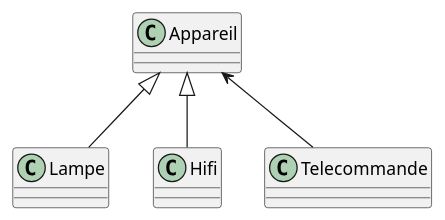
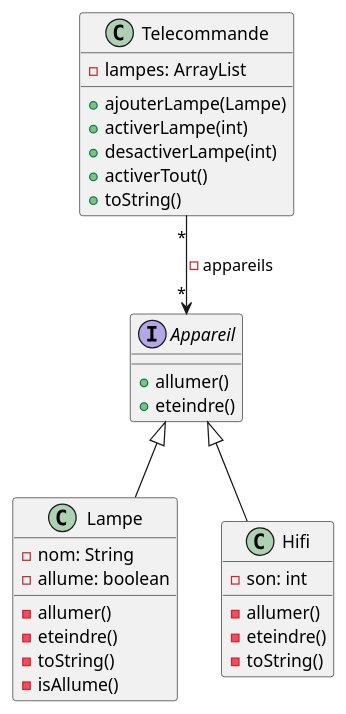
The diagram in src/TD1.puml (shaz267/TP6), drawn with PlantUML before and after one commit.

Commit message:
diagramme uml complete

```diff
--- a/src/TD1.puml
+++ b/src/TD1.puml
@@ -1,24 +1,38 @@
 @startuml
 'https://plantuml.com/class-diagram
 
 Appareil <|-- Lampe
 Appareil <|-- Hifi
-Appareil <-- Telecommande
+Telecommande "*" --> "*" Appareil: - appareils
 
+'''classes
 class Telecommande {
-
-
+    - lampes: ArrayList
+    + ajouterLampe(Lampe)
+    + activerLampe(int)
+    + desactiverLampe(int)
+    + activerTout()
+    + toString()
 }
 
-class Appareil {
-
+interface Appareil {
+    + allumer()
+    + eteindre()
 }
 
 class Lampe {
-
+    - nom: String
+    - allume: boolean
+    - allumer()
+    - eteindre()
+    - toString()
+    - isAllume()
 }
 
 class Hifi {
-
+    - son: int
+    - allumer()
+    - eteindre()
+    - toString()
 }
 @enduml
```
